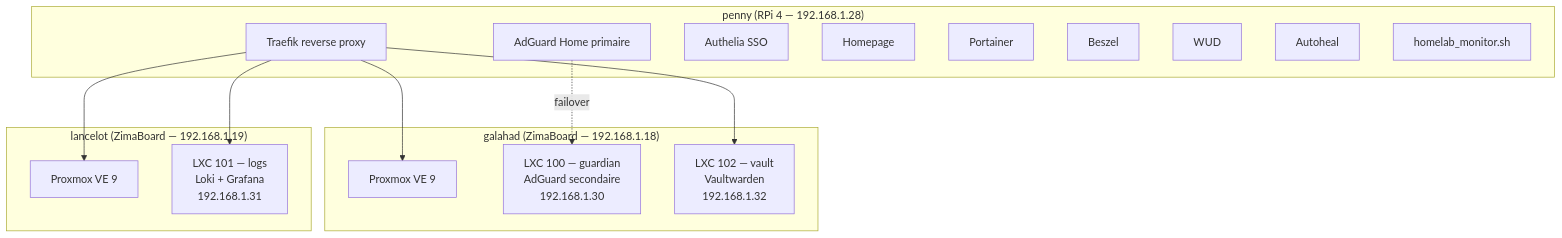
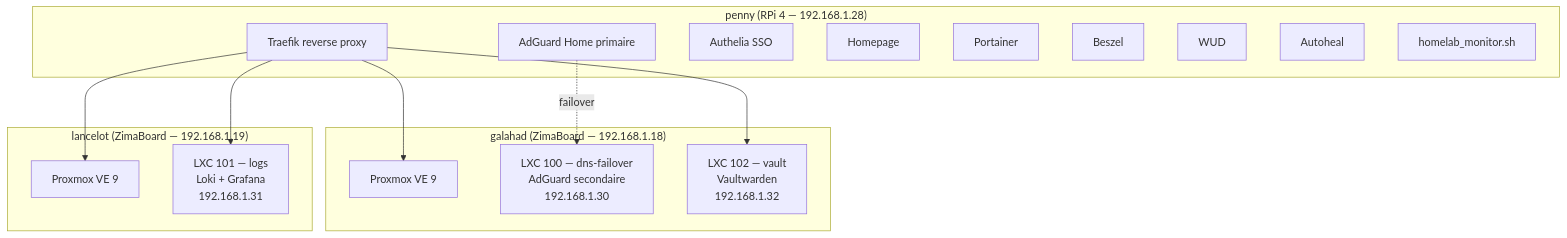
The first of 2 diagrams in docs/infrastructure/break-glass.md (GabinSMD/homelab-doc), drawn with Mermaid before and after one commit. The commit also changed other lines of this file and 8 other files, not shown here.

First line of the commit message:
rename guardian -> dns-failover, switch.lan, cleanup DNS rewrites

````diff
--- a/docs/infrastructure/break-glass.md
+++ b/docs/infrastructure/break-glass.md
@@ -24,31 +24,31 @@
 ```mermaid
 graph TB
     subgraph penny["penny (RPi 4 — 192.168.1.28)"]
         traefik[Traefik reverse proxy]
         adguard1[AdGuard Home primaire]
         authelia[Authelia SSO]
         homepage[Homepage]
         portainer[Portainer]
         beszel[Beszel]
         wud[WUD]
         autoheal[Autoheal]
         monitor[homelab_monitor.sh]
     end
 
     subgraph galahad["galahad (ZimaBoard — 192.168.1.18)"]
         pve1[Proxmox VE 9]
-        lxc100[LXC 100 — guardian<br/>AdGuard secondaire<br/>192.168.1.30]
+        lxc100[LXC 100 — dns-failover<br/>AdGuard secondaire<br/>192.168.1.30]
         lxc102[LXC 102 — vault<br/>Vaultwarden<br/>192.168.1.32]
     end
 
     subgraph lancelot["lancelot (ZimaBoard — 192.168.1.19)"]
         pve2[Proxmox VE 9]
         lxc101[LXC 101 — logs<br/>Loki + Grafana<br/>192.168.1.31]
     end
 
     traefik --> lxc102
     traefik --> lxc101
     traefik --> pve1
     traefik --> pve2
     adguard1 -.->|failover| lxc100
 ```
````
